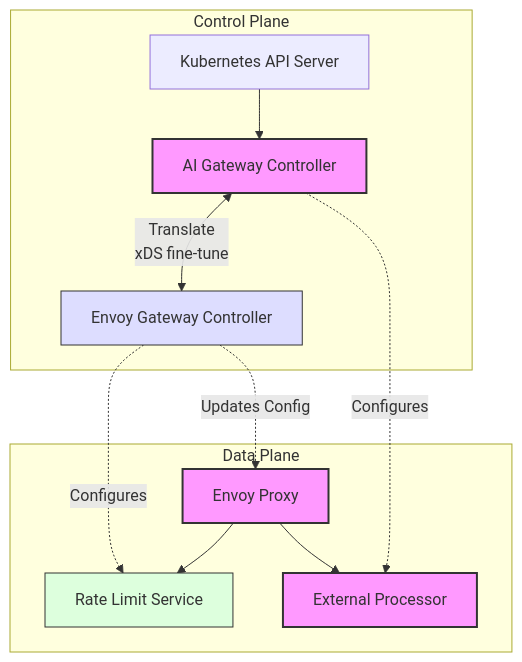
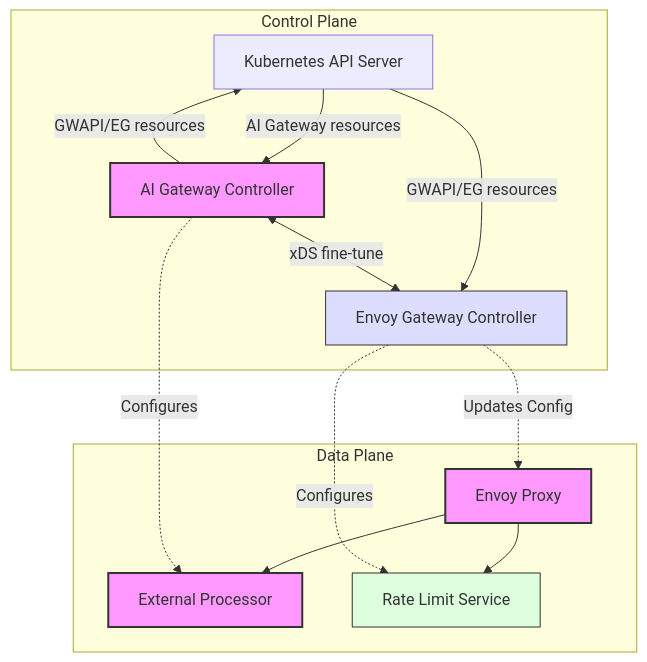
Before and after one commit to envoyproxy/ai-gateway: the first of 2 diagrams in site/docs/concepts/architecture/system-architecture.md, drawn with Mermaid.

Commit message:
this is what arko want

````diff
--- a/site/docs/concepts/architecture/system-architecture.md
+++ b/site/docs/concepts/architecture/system-architecture.md
@@ -30,28 +30,33 @@
 ```mermaid
 graph TB
     subgraph "Control Plane"
-        K8s[Kubernetes API Server] --> Controller[AI Gateway Controller]
-        Controller <-->|Translate
-                        xDS fine-tune| EGController[Envoy Gateway Controller]
+        K8s[Kubernetes API Server]
+        Controller[AI Gateway Controller]
+        EGController[Envoy Gateway Controller]
+
+        Controller --> |GWAPI/EG resources|K8s
+        K8s -->|AI Gateway resources| Controller
+        K8s -->|GWAPI/EG resources| EGController
+        Controller <-->|xDS fine-tune| EGController
 
         style Controller fill:#f9f,stroke:#333,stroke-width:2px
         style EGController fill:#ddf,stroke:#333
     end
 
     subgraph "Data Plane"
         Envoy[Envoy Proxy]
         ExtProc[External Processor]
         RateLimit[Rate Limit Service]
 
         Envoy --> RateLimit
         Envoy --> ExtProc
 
         style Envoy fill:#f9f,stroke:#333,stroke-width:2px
         style ExtProc fill:#f9f,stroke:#333,stroke-width:2px
         style RateLimit fill:#dfd,stroke:#333
     end
 
     Controller -.->|Configures| ExtProc
     EGController -.->|Configures| RateLimit
     EGController -.->|Updates Config| Envoy
 ```
````
